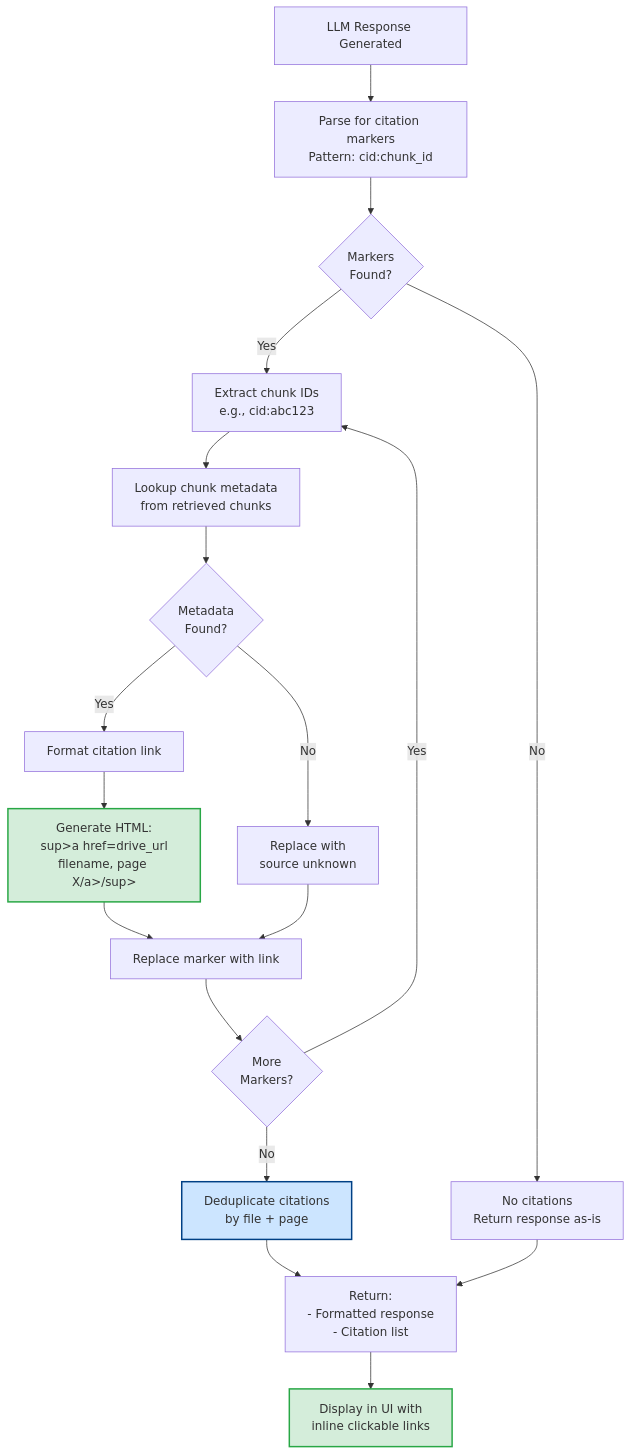
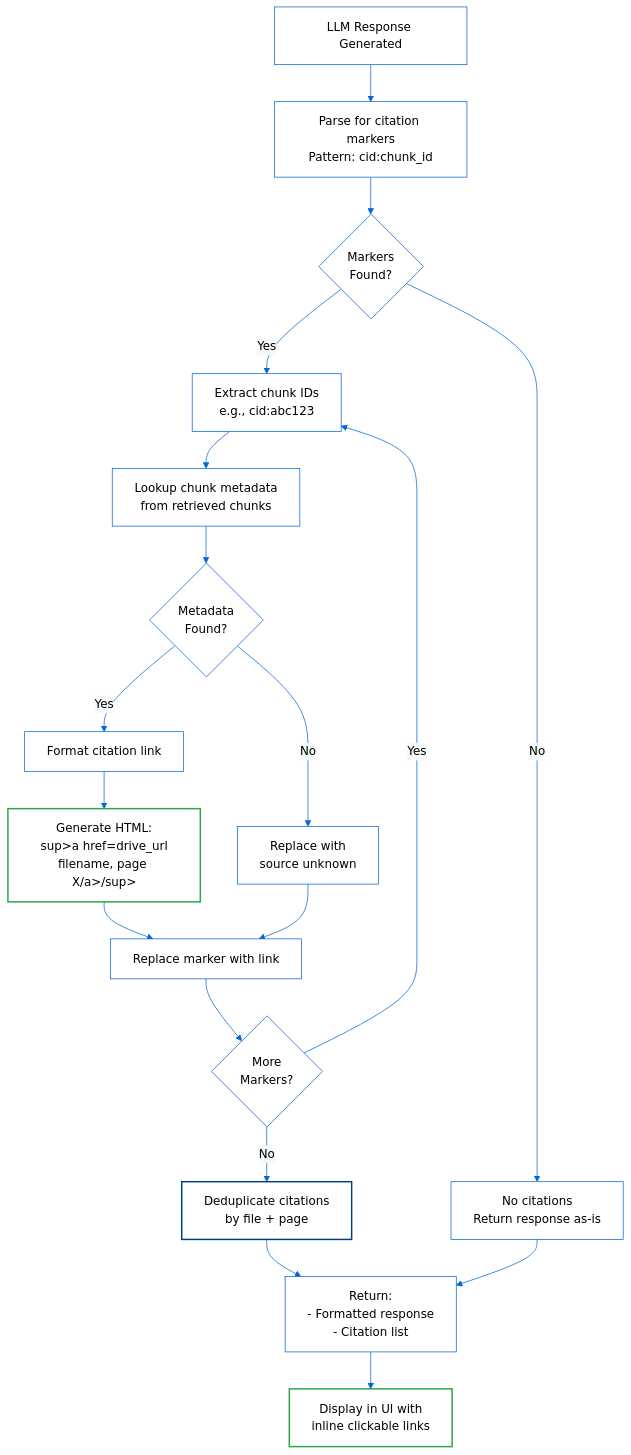
The fourth of 5 diagrams in README.md (arpan1221/Foldex), drawn with Mermaid before and after one commit. The commit also changed other lines of this file and 1 other file, not shown here.

````diff
--- a/README.md
+++ b/README.md
@@ -184,35 +232,36 @@
 ```mermaid
+%%{init: {'theme':'base', 'themeVariables': { 'primaryColor':'#ffffff', 'primaryTextColor':'#000000', 'primaryBorderColor':'#0366d6', 'lineColor':'#0366d6', 'secondaryColor':'#f6f8fa', 'tertiaryColor':'#ffffff'}}}%%
 flowchart TD
     Start[LLM Response Generated] --> Parse[Parse for citation markers<br/>Pattern: cid:chunk_id]
     
     Parse --> Found{Markers<br/>Found?}
     
     Found -->|No| NoCite[No citations<br/>Return response as-is]
     Found -->|Yes| Extract[Extract chunk IDs<br/>e.g., cid:abc123]
     
     Extract --> Lookup[Lookup chunk metadata<br/>from retrieved chunks]
     
     Lookup --> Meta{Metadata<br/>Found?}
     
     Meta -->|No| Unknown[Replace with<br/>source unknown]
     Meta -->|Yes| Format[Format citation link]
     
     Format --> HTML[Generate HTML:<br/>sup>a href=drive_url<br/>filename, page X/a>/sup>]
     
     HTML --> Replace[Replace marker with link]
     Unknown --> Replace
     
     Replace --> More{More<br/>Markers?}
     
     More -->|Yes| Extract
     More -->|No| Dedupe[Deduplicate citations<br/>by file + page]
     
     Dedupe --> Final[Return:<br/>- Formatted response<br/>- Citation list]
     NoCite --> Final
     
     Final --> UI[Display in UI with<br/>inline clickable links]
     
-    style HTML fill:#d4edda,stroke:#28a745,stroke-width:2px
-    style Dedupe fill:#cce5ff,stroke:#004085,stroke-width:2px
-    style UI fill:#d4edda,stroke:#28a745,stroke-width:2px
+    style HTML fill:#ffffff,stroke:#28a745,stroke-width:2px,color:#000000
+    style Dedupe fill:#ffffff,stroke:#004085,stroke-width:2px,color:#000000
+    style UI fill:#ffffff,stroke:#28a745,stroke-width:2px,color:#000000
 ```
````
